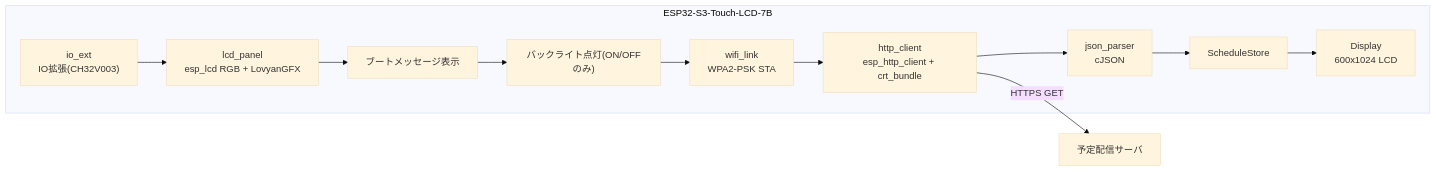
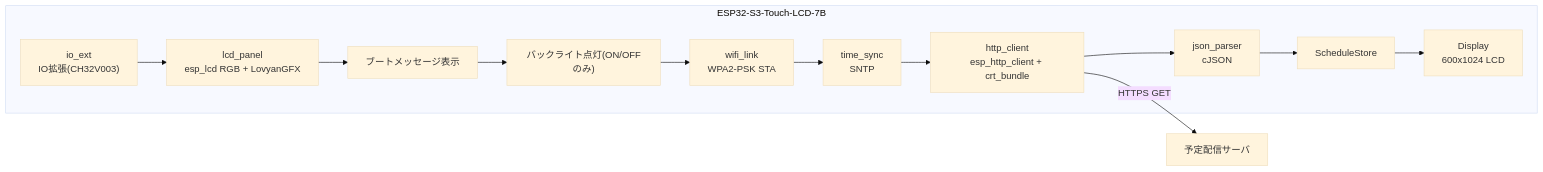
The diagram in docs/spec.md (hgn32/schedule-viewer-esp32s3), drawn with Mermaid (base theme) before and after one commit. The commit also changed other lines of this file and 10 other files, not shown here.

````diff
--- a/docs/spec.md
+++ b/docs/spec.md
@@ -8,14 +8,15 @@
 ```mermaid
 flowchart LR
     subgraph DEV["ESP32-S3-Touch-LCD-7B"]
         IO["io_ext<br/>IO拡張(CH32V003)"] --> LCD["lcd_panel<br/>esp_lcd RGB + LovyanGFX"]
         LCD --> BOOT["ブートメッセージ表示"]
         BOOT --> BL["バックライト点灯(ON/OFFのみ)"]
         BL --> W["wifi_link<br/>WPA2-PSK STA"]
-        W --> H["http_client<br/>esp_http_client + crt_bundle"]
+        W --> T["time_sync<br/>SNTP"]
+        T --> H["http_client<br/>esp_http_client + crt_bundle"]
         H --> J["json_parser<br/>cJSON"]
         J --> S["ScheduleStore"]
         S --> D["Display<br/>600x1024 LCD"]
     end
     H -- "HTTPS GET" --> SV["予定配信サーバ"]
 ```
````
